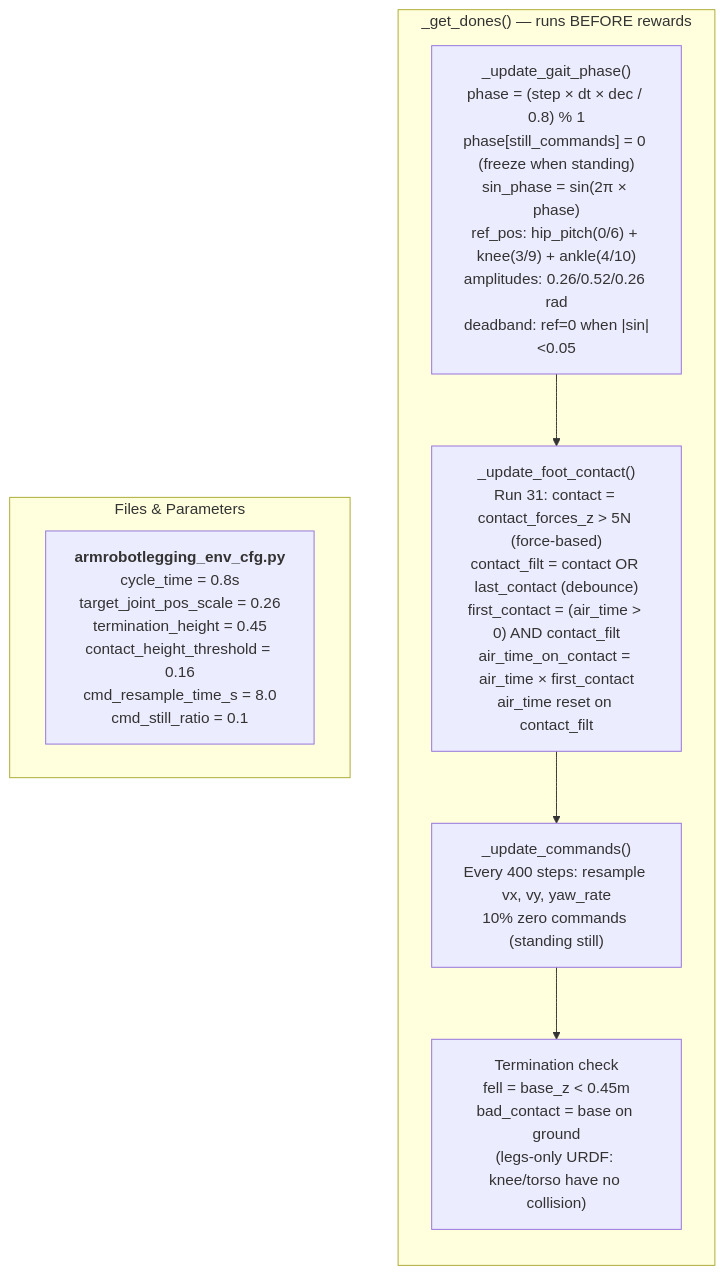
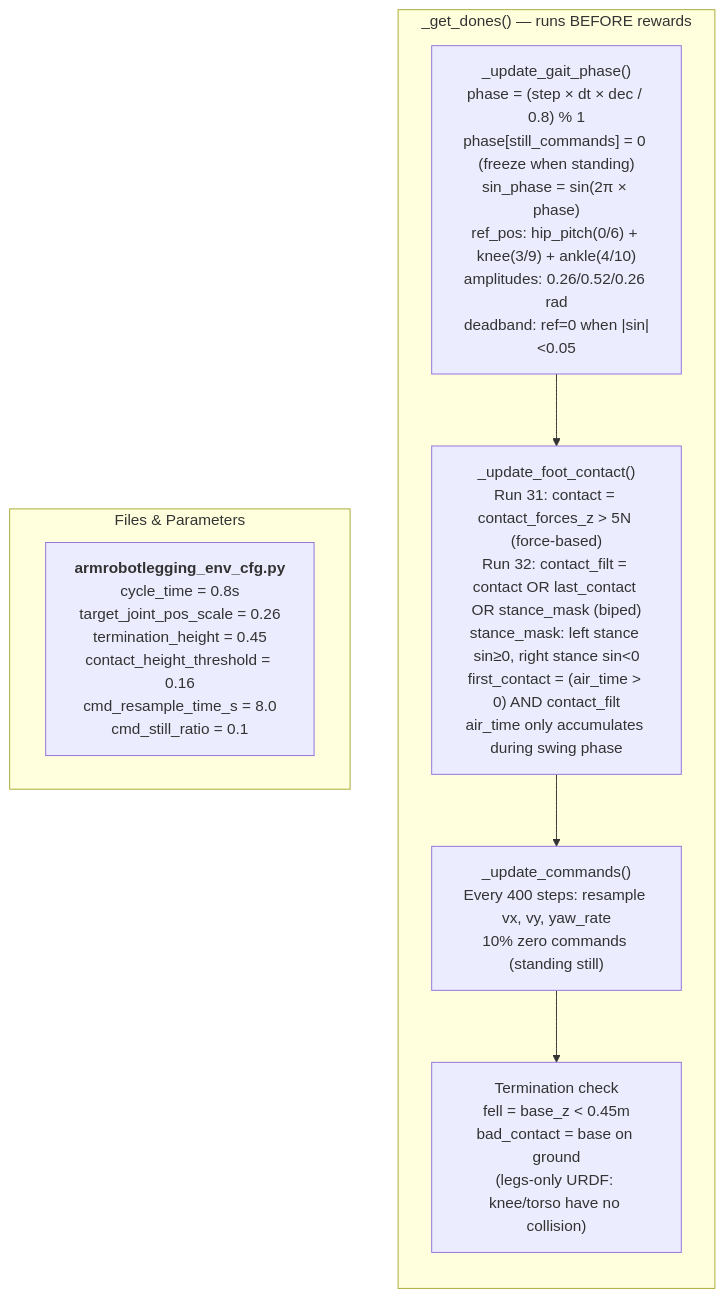
Before and after one commit to armmarov/armrobot: the fourth of 8 diagrams in docs/TRAINING_FLOW.md, drawn with Mermaid. The commit also changed other lines of this file and 3 other files, not shown here.

First line of the commit message:
Run 32: EngineAI biped air-time formula + stance_mask contact filtering

````diff
--- a/docs/TRAINING_FLOW.md
+++ b/docs/TRAINING_FLOW.md
@@ -94,15 +94,15 @@
 ```mermaid
 flowchart TB
     subgraph DONES["_get_dones() — runs BEFORE rewards"]
         direction TB
         GP["_update_gait_phase()<br/>phase = (step × dt × dec / 0.8) % 1<br/>phase[still_commands] = 0 (freeze when standing)<br/>sin_phase = sin(2π × phase)<br/>ref_pos: hip_pitch(0/6) + knee(3/9) + ankle(4/10)<br/>amplitudes: 0.26/0.52/0.26 rad<br/>deadband: ref=0 when |sin|<0.05"]
-        FC["_update_foot_contact()<br/>Run 31: contact = contact_forces_z > 5N (force-based)<br/>contact_filt = contact OR last_contact (debounce)<br/>first_contact = (air_time > 0) AND contact_filt<br/>air_time_on_contact = air_time × first_contact<br/>air_time reset on contact_filt"]
+        FC["_update_foot_contact()<br/>Run 31: contact = contact_forces_z > 5N (force-based)<br/>Run 32: contact_filt = contact OR last_contact OR stance_mask (biped)<br/>stance_mask: left stance sin≥0, right stance sin&lt;0<br/>first_contact = (air_time > 0) AND contact_filt<br/>air_time only accumulates during swing phase"]
         CMD["_update_commands()<br/>Every 400 steps: resample vx, vy, yaw_rate<br/>10% zero commands (standing still)"]
         TERM["Termination check<br/>fell = base_z < 0.45m<br/>bad_contact = base on ground<br/>(legs-only URDF: knee/torso have no collision)"]
         GP --> FC --> CMD --> TERM
     end
 
     subgraph FILES3["Files & Parameters"]
         F3["<b>armrobotlegging_env_cfg.py</b><br/>cycle_time = 0.8s<br/>target_joint_pos_scale = 0.26<br/>termination_height = 0.45<br/>contact_height_threshold = 0.16<br/>cmd_resample_time_s = 8.0<br/>cmd_still_ratio = 0.1"]
     end
 ```
````
